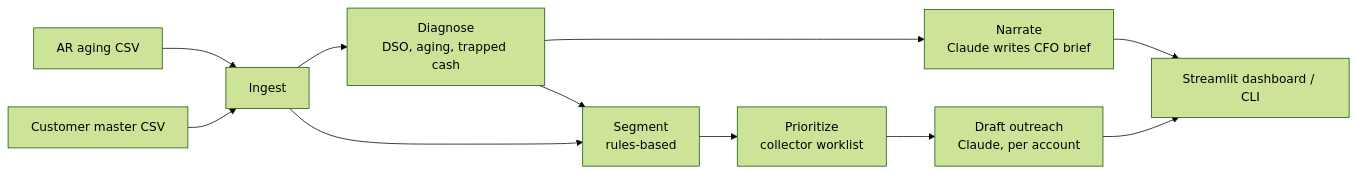
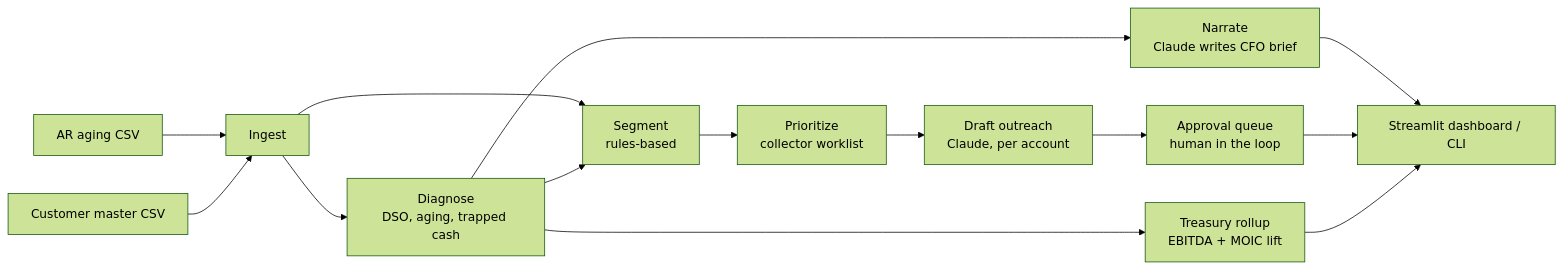
The diagram in README.md (phanselm315/working-capital-agent), drawn with Mermaid (forest theme) before and after one commit. The commit also changed other lines of this file and 22 other files, not shown here.

Commit message:
Add MidCon Plastics (PC7) to Fund III portfolio; refresh treasury rollup, portfolio PDF, and demo script

````diff
--- a/README.md
+++ b/README.md
@@ -67,13 +83,16 @@
 ```mermaid
 flowchart LR
     A[AR aging CSV] --> I[Ingest]
     B[Customer master CSV] --> I
     I --> D[Diagnose<br/>DSO, aging, trapped cash]
     D --> N[Narrate<br/>Claude writes CFO brief]
     I --> S[Segment<br/>rules-based]
     D --> S
     S --> P[Prioritize<br/>collector worklist]
     P --> E[Draft outreach<br/>Claude, per account]
+    E --> Q[Approval queue<br/>human in the loop]
     N --> R[Streamlit dashboard / CLI]
-    E --> R
+    Q --> R
+    D --> T[Treasury rollup<br/>EBITDA + MOIC lift]
+    T --> R
 ```
````
